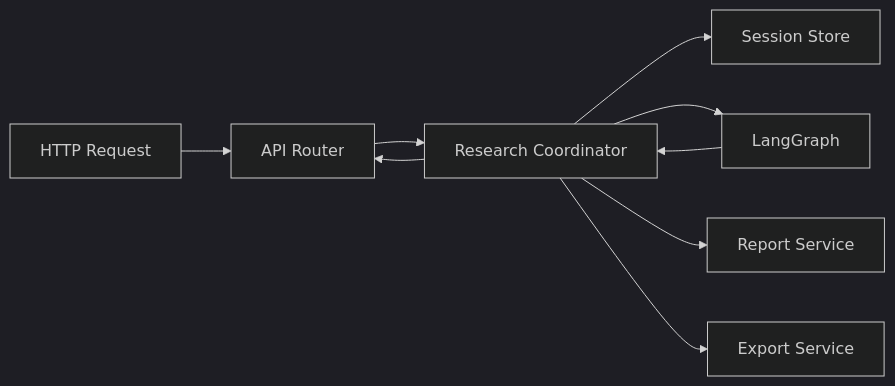
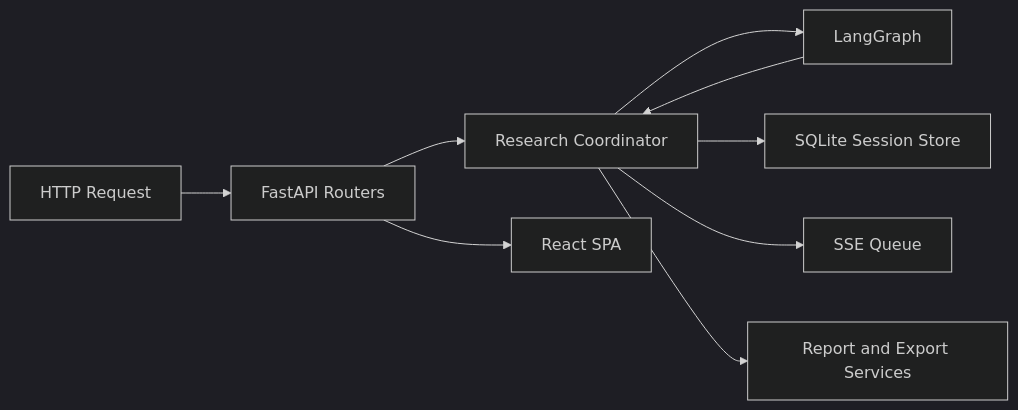
One commit to greenp8888/Submissions_C5 changed the second of 4 diagrams in Group_9/ai-hackathon/docs/ARCHITECTURE.md. Above: the diagram before and after it, drawn with Mermaid (dark theme). The commit also changed other lines of this file and 61 other files, not shown here.

````diff
--- a/Group_9/ai-hackathon/docs/ARCHITECTURE.md
+++ b/Group_9/ai-hackathon/docs/ARCHITECTURE.md
@@ -207,19 +137,20 @@
 ```mermaid
 flowchart LR
-    Request[HTTP Request]
-    API[API Router]
+    HTTP[HTTP Request]
+    API[FastAPI Routers]
     Coord[Research Coordinator]
-    Store[Session Store]
     Graph[LangGraph]
-    Report[Report Service]
-    Export[Export Service]
+    Store[SQLite Session Store]
+    Queue[SSE Queue]
+    Render[Report and Export Services]
+    SPA[React SPA]
 
-    Request --> API
+    HTTP --> API
     API --> Coord
-    Coord --> Store
     Coord --> Graph
     Graph --> Coord
-    Coord --> Report
-    Coord --> Export
-    Coord --> API
+    Coord --> Store
+    Coord --> Queue
+    Coord --> Render
+    API --> SPA
 ```
````
